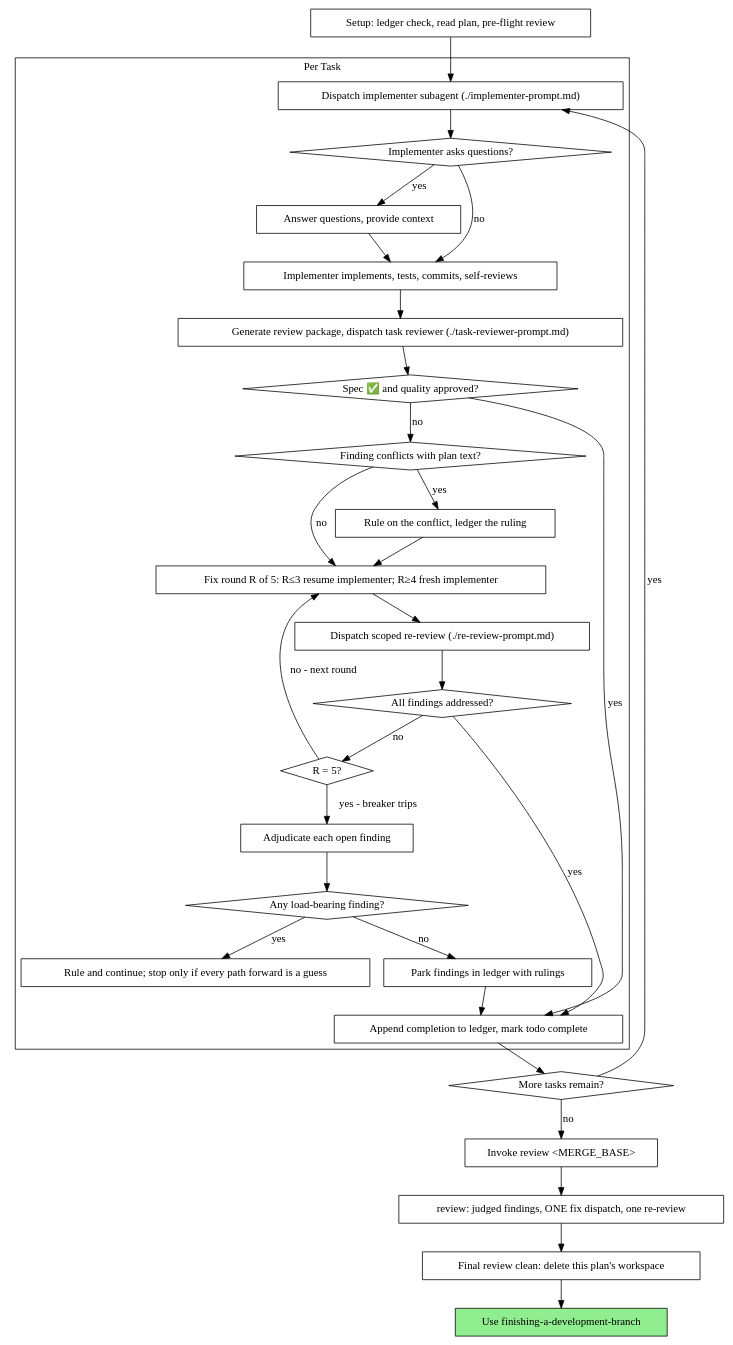
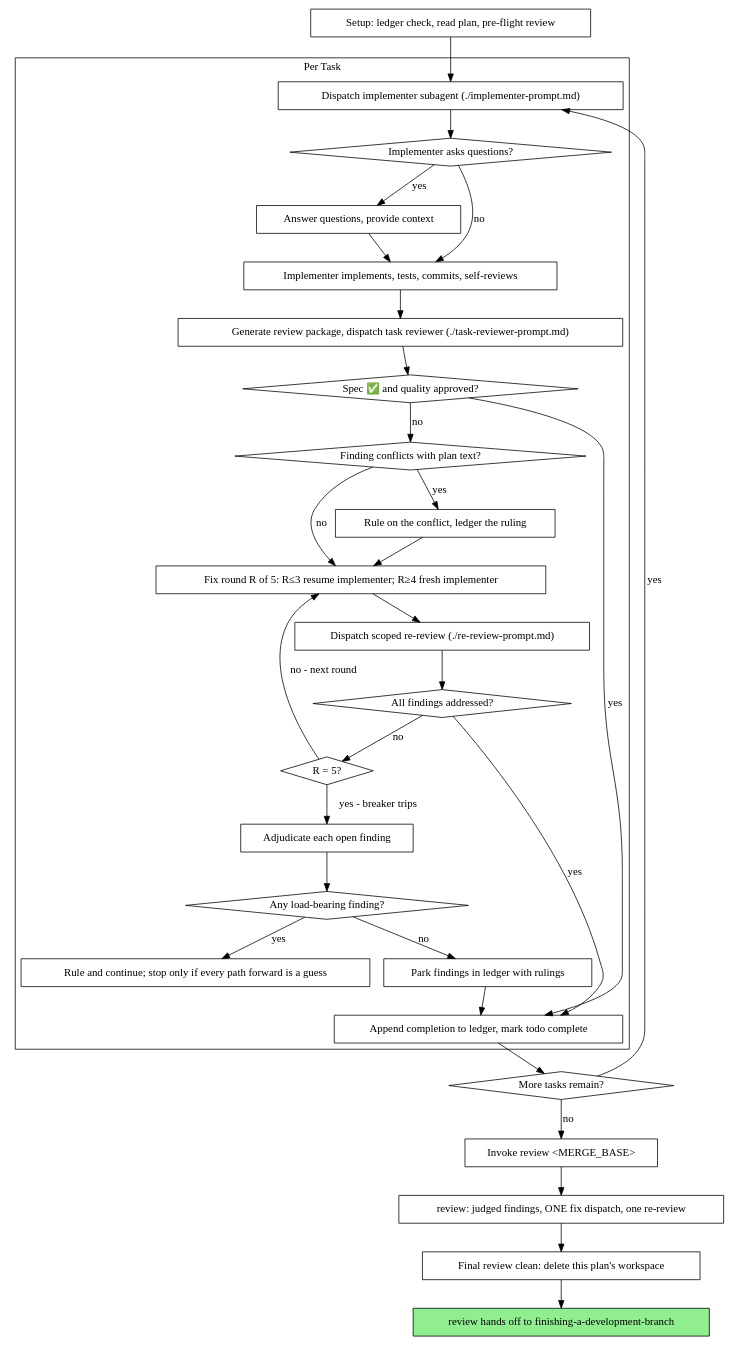
Before and after one commit to VerusK/claude-skills: the second of 2 diagrams in skills/subagent-driven-development/SKILL.md, drawn with Graphviz. The commit also changed other lines of this file and 3 other files, not shown here.

First line of the commit message:
fix(skills): fallback on codex hosts, plan-review heading, ledger input, single finishing hand-off

````diff
--- a/skills/subagent-driven-development/SKILL.md
+++ b/skills/subagent-driven-development/SKILL.md
@@ -53,62 +53,62 @@
 ```dot
 digraph process {
     rankdir=TB;
 
     subgraph cluster_per_task {
         label="Per Task";
         "Dispatch implementer subagent (./implementer-prompt.md)" [shape=box];
         "Implementer asks questions?" [shape=diamond];
         "Answer questions, provide context" [shape=box];
         "Implementer implements, tests, commits, self-reviews" [shape=box];
         "Generate review package, dispatch task reviewer (./task-reviewer-prompt.md)" [shape=box];
         "Spec ✅ and quality approved?" [shape=diamond];
         "Finding conflicts with plan text?" [shape=diamond];
         "Rule on the conflict, ledger the ruling" [shape=box];
         "Fix round R of 5: R≤3 resume implementer; R≥4 fresh implementer" [shape=box];
         "Dispatch scoped re-review (./re-review-prompt.md)" [shape=box];
         "All findings addressed?" [shape=diamond];
         "R = 5?" [shape=diamond];
         "Adjudicate each open finding" [shape=box];
         "Any load-bearing finding?" [shape=diamond];
         "Rule and continue; stop only if every path forward is a guess" [shape=box];
         "Park findings in ledger with rulings" [shape=box];
         "Append completion to ledger, mark todo complete" [shape=box];
     }
 
     "Setup: ledger check, read plan, pre-flight review" [shape=box];
     "More tasks remain?" [shape=diamond];
     "Invoke review <MERGE_BASE>" [shape=box];
     "review: judged findings, ONE fix dispatch, one re-review" [shape=box];
     "Final review clean: delete this plan's workspace" [shape=box];
-    "Use finishing-a-development-branch" [shape=box style=filled fillcolor=lightgreen];
+    "review hands off to finishing-a-development-branch" [shape=box style=filled fillcolor=lightgreen];
 
     "Setup: ledger check, read plan, pre-flight review" -> "Dispatch implementer subagent (./implementer-prompt.md)";
     "Dispatch implementer subagent (./implementer-prompt.md)" -> "Implementer asks questions?";
     "Implementer asks questions?" -> "Answer questions, provide context" [label="yes"];
     "Answer questions, provide context" -> "Implementer implements, tests, commits, self-reviews";
     "Implementer asks questions?" -> "Implementer implements, tests, commits, self-reviews" [label="no"];
     "Implementer implements, tests, commits, self-reviews" -> "Generate review package, dispatch task reviewer (./task-reviewer-prompt.md)";
     "Generate review package, dispatch task reviewer (./task-reviewer-prompt.md)" -> "Spec ✅ and quality approved?";
     "Spec ✅ and quality approved?" -> "Append completion to ledger, mark todo complete" [label="yes"];
     "Spec ✅ and quality approved?" -> "Finding conflicts with plan text?" [label="no"];
     "Finding conflicts with plan text?" -> "Rule on the conflict, ledger the ruling" [label="yes"];
     "Rule on the conflict, ledger the ruling" -> "Fix round R of 5: R≤3 resume implementer; R≥4 fresh implementer";
     "Finding conflicts with plan text?" -> "Fix round R of 5: R≤3 resume implementer; R≥4 fresh implementer" [label="no"];
     "Fix round R of 5: R≤3 resume implementer; R≥4 fresh implementer" -> "Dispatch scoped re-review (./re-review-prompt.md)";
     "Dispatch scoped re-review (./re-review-prompt.md)" -> "All findings addressed?";
     "All findings addressed?" -> "Append completion to ledger, mark todo complete" [label="yes"];
     "All findings addressed?" -> "R = 5?" [label="no"];
     "R = 5?" -> "Fix round R of 5: R≤3 resume implementer; R≥4 fresh implementer" [label="no - next round"];
     "R = 5?" -> "Adjudicate each open finding" [label="yes - breaker trips"];
     "Adjudicate each open finding" -> "Any load-bearing finding?";
     "Any load-bearing finding?" -> "Rule and continue; stop only if every path forward is a guess" [label="yes"];
     "Any load-bearing finding?" -> "Park findings in ledger with rulings" [label="no"];
     "Park findings in ledger with rulings" -> "Append completion to ledger, mark todo complete";
     "Append completion to ledger, mark todo complete" -> "More tasks remain?";
     "More tasks remain?" -> "Dispatch implementer subagent (./implementer-prompt.md)" [label="yes"];
     "More tasks remain?" -> "Invoke review <MERGE_BASE>" [label="no"];
     "Invoke review <MERGE_BASE>" -> "review: judged findings, ONE fix dispatch, one re-review";
     "review: judged findings, ONE fix dispatch, one re-review" -> "Final review clean: delete this plan's workspace";
-    "Final review clean: delete this plan's workspace" -> "Use finishing-a-development-branch";
+    "Final review clean: delete this plan's workspace" -> "review hands off to finishing-a-development-branch";
 }
 ```
````
